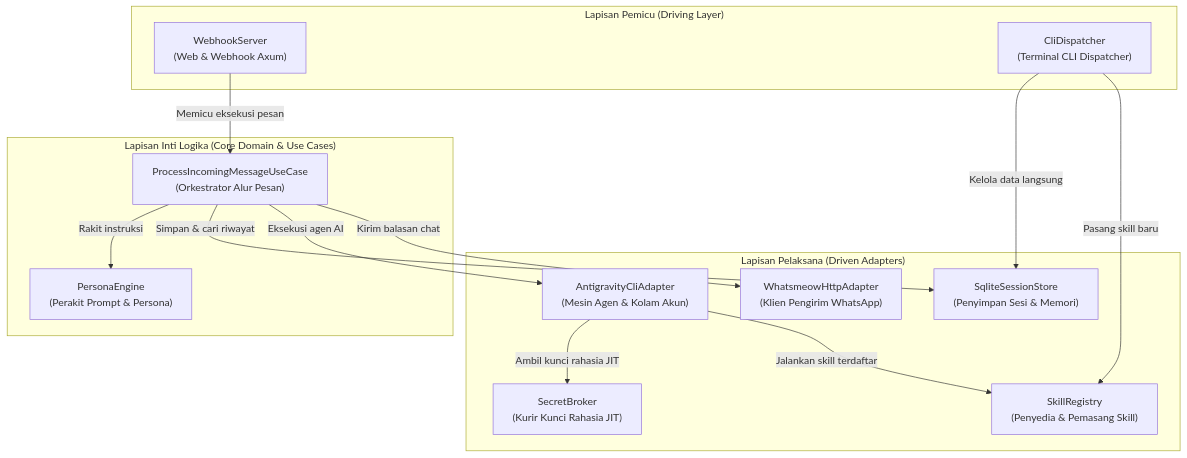
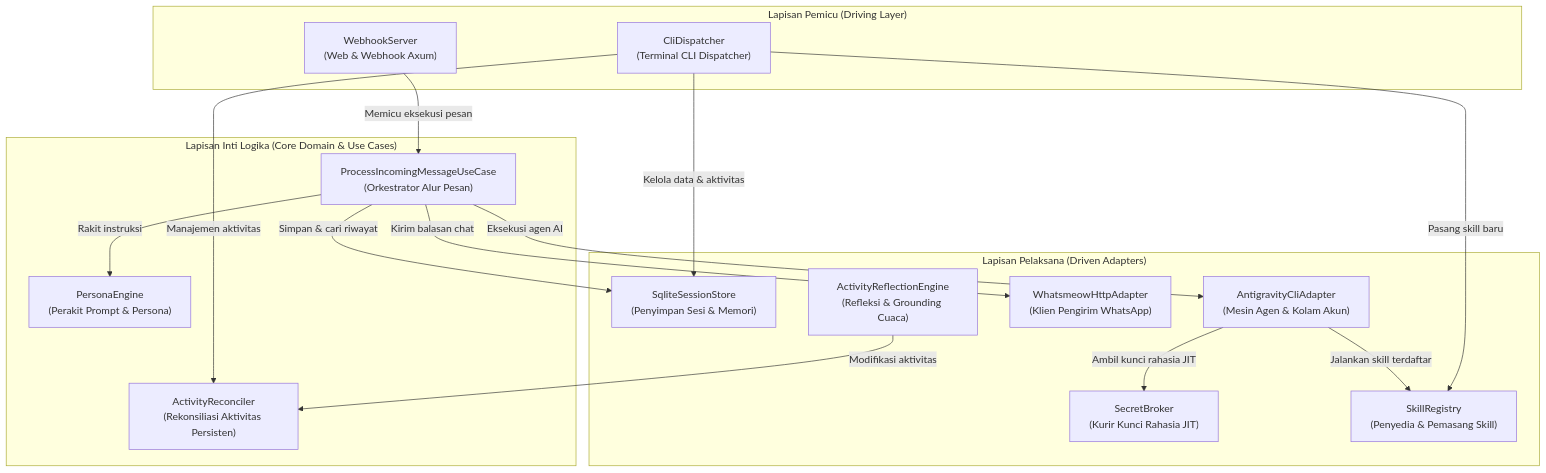
Before and after one commit to ipds6104/aina: the diagram in docs/architecture/05_building_block_view.md, drawn with Mermaid. The commit also changed other lines of this file and 11 other files, not shown here.

Commit message:
docs(arc42): update architecture documentation to baseline commit 1ee7597 with activity engine & reflection

````diff
--- a/docs/architecture/05_building_block_view.md
+++ b/docs/architecture/05_building_block_view.md
@@ -17,30 +17,34 @@
 ```mermaid
 flowchart TD
     subgraph DrivingLayer ["Lapisan Pemicu (Driving Layer)"]
         WebhookServer["WebhookServer\n(Web & Webhook Axum)"]
         CliDispatcher["CliDispatcher\n(Terminal CLI Dispatcher)"]
     end
 
     subgraph CoreLayer ["Lapisan Inti Logika (Core Domain & Use Cases)"]
         ProcessIncomingMessageUseCase["ProcessIncomingMessageUseCase\n(Orkestrator Alur Pesan)"]
         PersonaEngine["PersonaEngine\n(Perakit Prompt & Persona)"]
+        ActivityReconciler["ActivityReconciler\n(Rekonsiliasi Aktivitas Persisten)"]
     end
 
     subgraph DrivenLayer ["Lapisan Pelaksana (Driven Adapters)"]
         SqliteSessionStore["SqliteSessionStore\n(Penyimpan Sesi & Memori)"]
         AntigravityCliAdapter["AntigravityCliAdapter\n(Mesin Agen & Kolam Akun)"]
         WhatsmeowHttpAdapter["WhatsmeowHttpAdapter\n(Klien Pengirim WhatsApp)"]
         SecretBroker["SecretBroker\n(Kurir Kunci Rahasia JIT)"]
         SkillRegistry["SkillRegistry\n(Penyedia & Pemasang Skill)"]
+        ActivityReflectionEngine["ActivityReflectionEngine\n(Refleksi & Grounding Cuaca)"]
     end
 
     WebhookServer -->|"Memicu eksekusi pesan"| ProcessIncomingMessageUseCase
-    CliDispatcher -->|"Kelola data langsung"| SqliteSessionStore
+    CliDispatcher -->|"Kelola data & aktivitas"| SqliteSessionStore
+    CliDispatcher -->|"Manajemen aktivitas"| ActivityReconciler
     CliDispatcher -->|"Pasang skill baru"| SkillRegistry
     ProcessIncomingMessageUseCase -->|"Rakit instruksi"| PersonaEngine
     ProcessIncomingMessageUseCase -->|"Simpan & cari riwayat"| SqliteSessionStore
     ProcessIncomingMessageUseCase -->|"Eksekusi agen AI"| AntigravityCliAdapter
     ProcessIncomingMessageUseCase -->|"Kirim balasan chat"| WhatsmeowHttpAdapter
     AntigravityCliAdapter -->|"Ambil kunci rahasia JIT"| SecretBroker
     AntigravityCliAdapter -->|"Jalankan skill terdaftar"| SkillRegistry
+    ActivityReflectionEngine -->|"Modifikasi aktivitas"| ActivityReconciler
 ```
````
